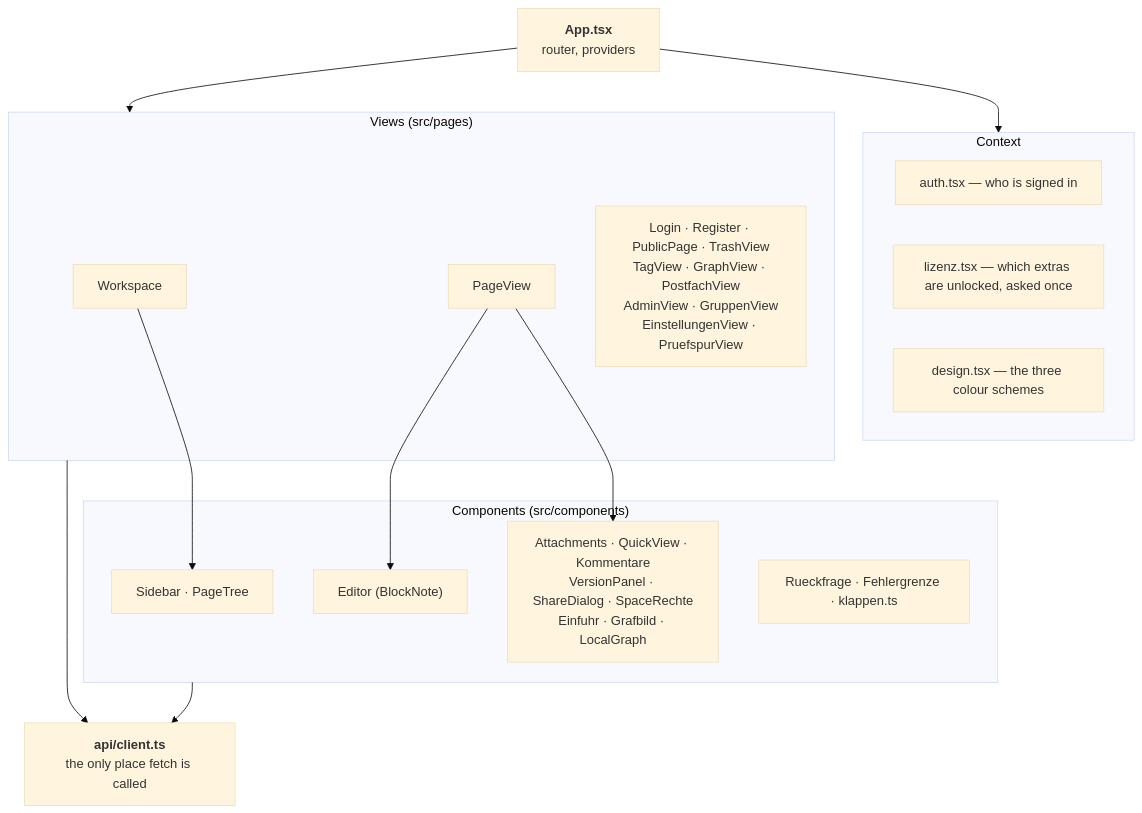
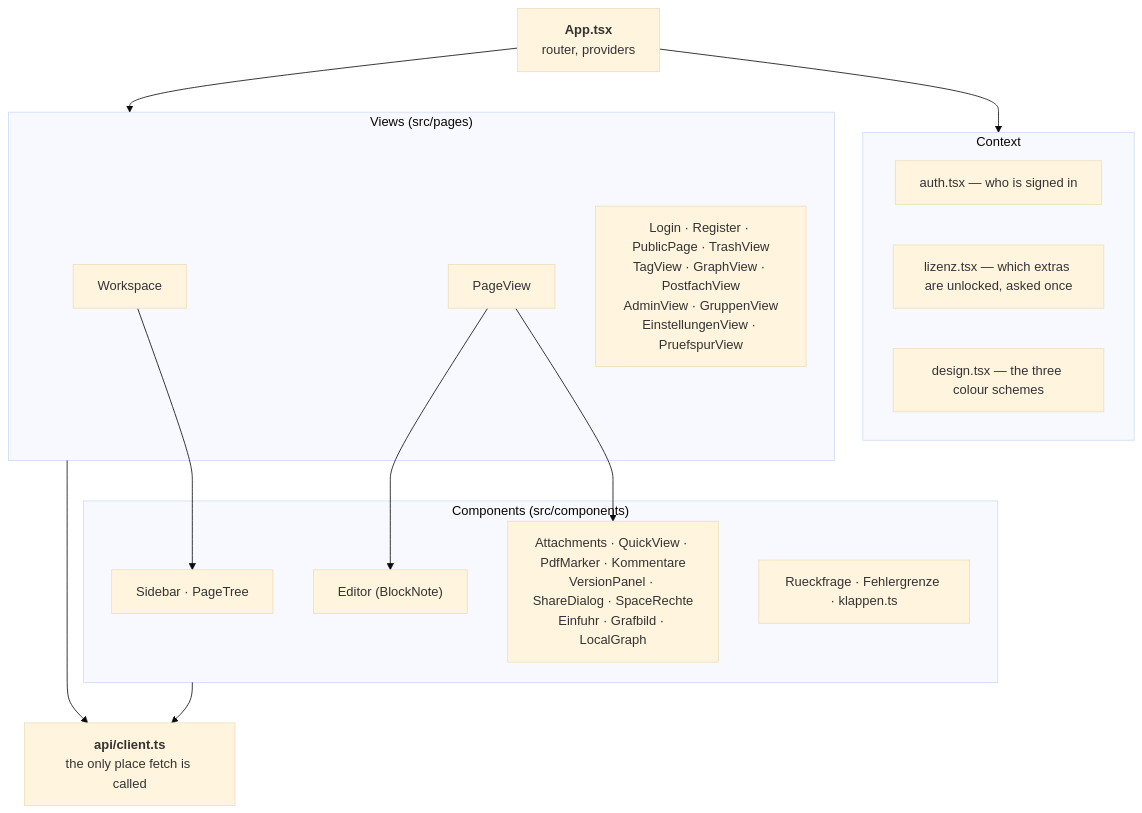
One commit to Dschonas04/Nexora changed the fourth of 16 diagrams in docs/architecture.md. Above: the diagram before and after it, drawn with Mermaid (base theme). The commit also changed 16 other files, not shown here.

````diff
--- a/docs/architecture.md
+++ b/docs/architecture.md
@@ -355,31 +355,31 @@
 ```mermaid
 graph TB
     app["<b>App.tsx</b><br/>router, providers"]
 
     subgraph ctx["Context"]
         authc["auth.tsx — who is signed in"]
         lizc["lizenz.tsx — which extras are unlocked, asked once"]
         design["design.tsx — the three colour schemes"]
     end
 
     subgraph views["Views (src/pages)"]
         ws["Workspace"]
         pv["PageView"]
         rest["Login · Register · PublicPage · TrashView<br/>TagView · GraphView · PostfachView<br/>AdminView · GruppenView<br/>EinstellungenView · PruefspurView"]
     end
 
     subgraph comps["Components (src/components)"]
         side["Sidebar · PageTree"]
         ed["Editor (BlockNote)"]
-        panels["Attachments · QuickView · Kommentare<br/>VersionPanel · ShareDialog · SpaceRechte<br/>Einfuhr · Grafbild · LocalGraph"]
+        panels["Attachments · QuickView · PdfMarker · Kommentare<br/>VersionPanel · ShareDialog · SpaceRechte<br/>Einfuhr · Grafbild · LocalGraph"]
         util["Rueckfrage · Fehlergrenze · klappen.ts"]
     end
 
     client["<b>api/client.ts</b><br/>the only place fetch is called"]
 
     app --> ctx & views
     ws --> side
     pv --> ed & panels
     views --> client
     comps --> client
 ```
````
